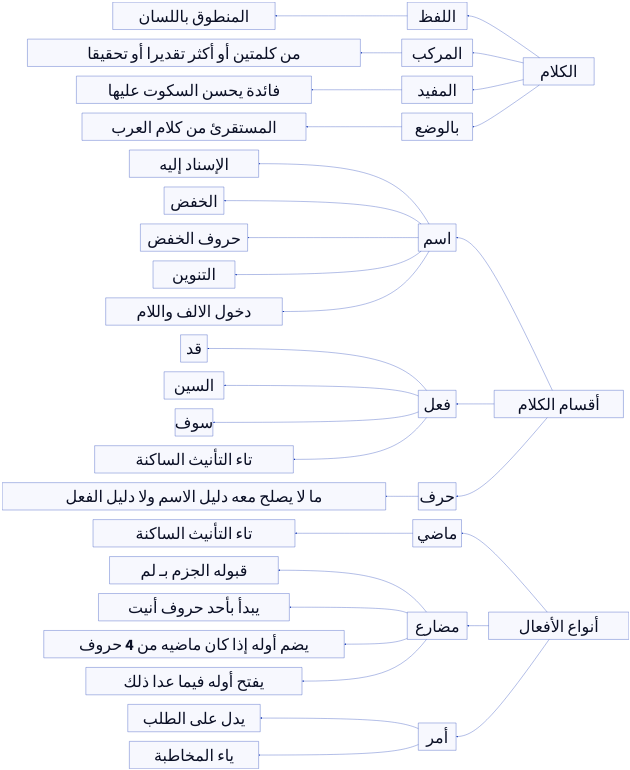
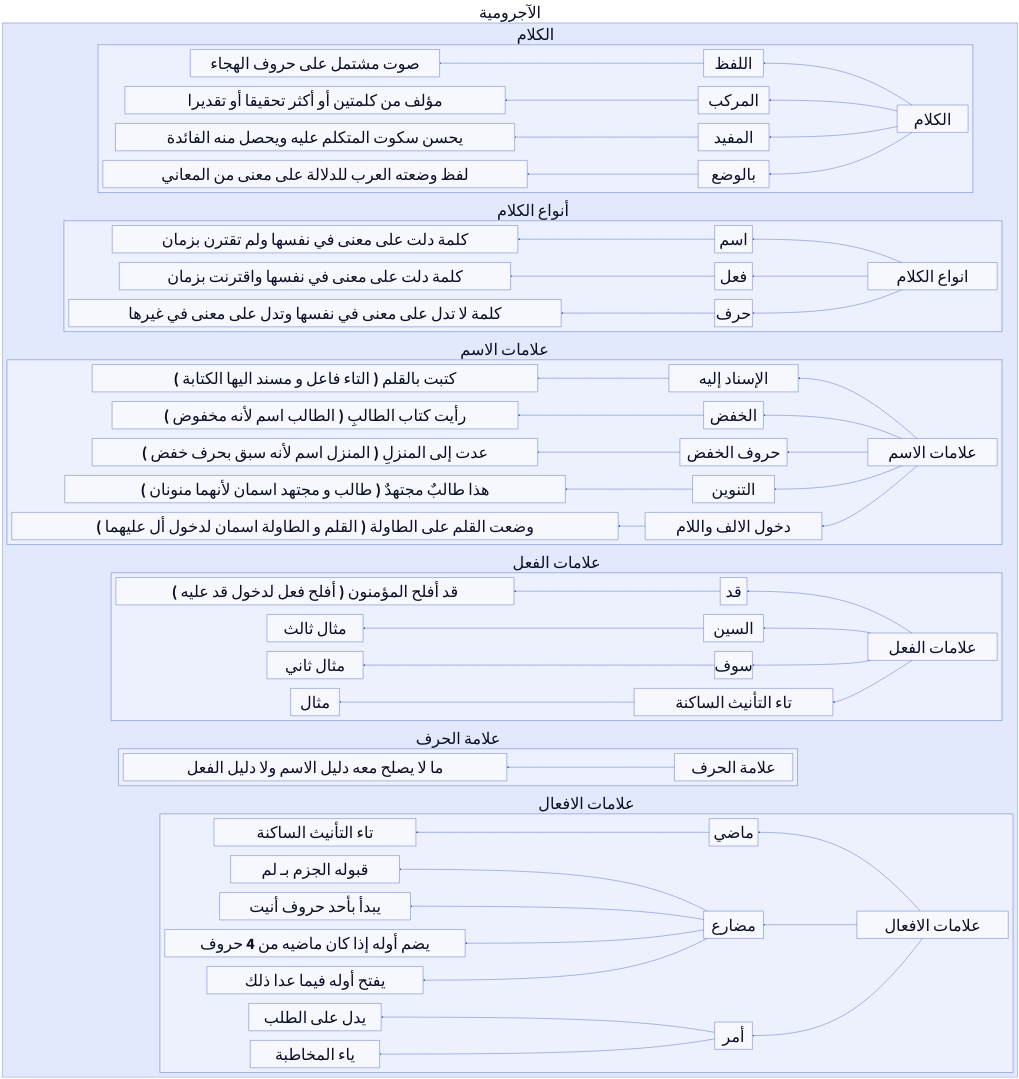
The diagram in src/content/docs/arabic/al-ajoromia.md (sanabel-al-firdaws/sanabel-al-firdaws.github.io), drawn with D2 before and after one commit. The commit also changed 1 other file, not shown here.

````diff
--- a/src/content/docs/arabic/al-ajoromia.md
+++ b/src/content/docs/arabic/al-ajoromia.md
@@ -416,58 +416,72 @@
- ```d2 
+```d2 
 direction: left
 
-*: {
+**: {
     style.font-size: 100
-    
+} 
+
+
+الآجرومية:{
+    الكلام: {
+الكلام -> اللفظ -> صوت مشتمل على حروف الهجاء
+الكلام -> المركب -> مؤلف من كلمتين أو أكثر تحقيقا أو تقديرا
+الكلام -> المفيد -> يحسن سكوت المتكلم عليه ويحصل منه الفائدة
+الكلام -> بالوضع ->  لفظ وضعته العرب للدلالة على معنى من المعاني
+    }
+    أنواع الكلام: {
+انواع الكلام -> اسم
+انواع الكلام -> فعل
+انواع الكلام -> حرف
+
+اسم -> كلمة دلت على معنى في نفسها ولم تقترن بزمان
+فعل -> كلمة دلت على معنى في نفسها واقترنت بزمان  
+حرف -> كلمة لا تدل على معنى في نفسها وتدل على معنى في غيرها
 }
 
+علامات الاسم : {
 
-الكلام -> اللفظ -> المنطوق باللسان
-الكلام -> المركب -> من كلمتين أو أكثر تقديرا أو تحقيقا
-الكلام -> المفيد -> فائدة يحسن السكوت عليها
-الكلام -> بالوضع -> المستقرئ من كلام العرب 
+علامات الاسم -> الإسناد إليه -> كتبت بالقلم  ( التاء فاعل و مسند اليها الكتابة ) 
+علامات الاسم -> الخفض -> رأيت كتاب الطالبِ ( الطالب اسم لأنه مخفوض ) 
+علامات الاسم -> حروف الخفض -> عدت إلى المنزلِ ( المنزل اسم لأنه سبق بحرف خفض ) 
+علامات الاسم -> التنوين-> هذا طالبٌ مجتهدٌ ( طالب و مجتهد اسمان لأنهما منونان ) 
+علامات الاسم -> دخول الالف واللام ->  وضعت القلم على الطاولة ( القلم و الطاولة اسمان لدخول أل عليهما ) 
 
+}
 
+علامات الفعل : {
+علامات الفعل -> قد -> قد أفلح المؤمنون ( أفلح فعل لدخول قد عليه ) 
+علامات الفعل -> السين -> مثال ثالث
+علامات الفعل -> سوف -> مثال ثاني
+علامات الفعل -> تاء التأنيث الساكنة -> مثال
+}
+علامة الحرف : {
 
+علامة الحرف -> ما لا يصلح معه دليل الاسم ولا دليل الفعل 
 
-
-أقسام الكلام -> اسم
-أقسام الكلام -> فعل
-أقسام الكلام -> حرف
-
-اسم -> الإسناد إليه
-اسم -> الخفض
-اسم -> حروف الخفض
-اسم -> التنوين
-اسم -> دخول الالف واللام 
-
-فعل -> قد
-فعل -> السين
-فعل -> سوف
-فعل -> تاء التأنيث الساكنة
-
-
-حرف -> ما لا يصلح معه دليل الاسم ولا دليل الفعل 
-
+}
 
  
 
 
-
-أنواع الأفعال-> ماضي
-أنواع الأفعال-> مضارع
-أنواع الأفعال-> أمر
+علامات الافعال :{
+علامات الافعال -> ماضي
+علامات الافعال -> مضارع
+علامات الافعال -> أمر
 
 ماضي -> تاء  التأنيث الساكنة 
 
 مضارع -> قبوله الجزم بـ لم
 مضارع -> يبدأ بأحد حروف أنيت
 مضارع -> يضم أوله إذا كان ماضيه من 4 حروف
 مضارع -> يفتح أوله فيما عدا ذلك
 
 
 أمر->  يدل على الطلب
 أمر->  ياء المخاطبة
 
+}
+# أمر -> ما دل على امر يطلب حصوله بعد زمان التكلم 
+
+}
 
 ```
````
